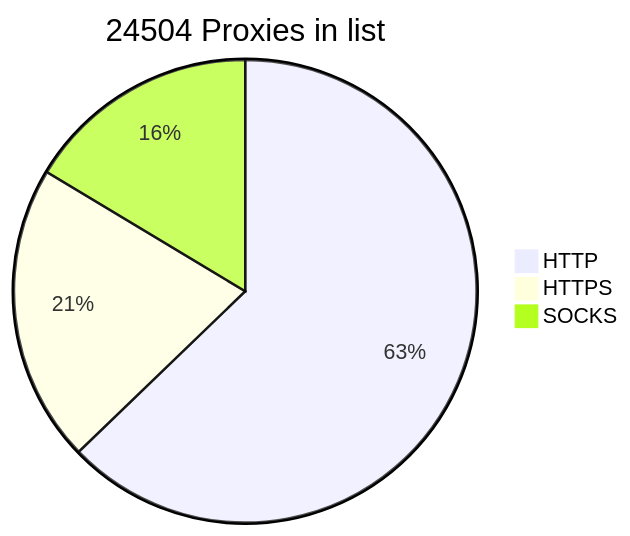
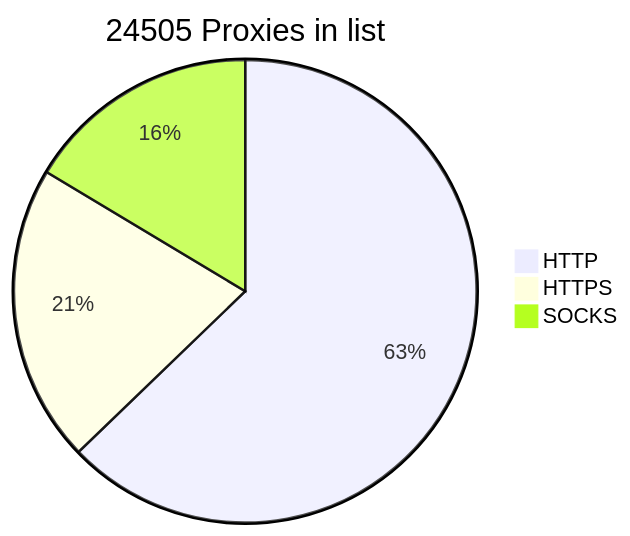
One commit to BlackSnowDot/proxylist-update-every-minute changed the diagram in README.md. Above: the diagram before and after it, drawn with Mermaid.

````diff
--- a/README.md
+++ b/README.md
@@ -2,6 +2,6 @@
 ```mermaid
-pie title 24504 Proxies in list
+pie title 24505 Proxies in list
     "HTTP" : 17707
     "HTTPS": 5870
-    "SOCKS" : 4622
+    "SOCKS" : 4623
 ```
````
